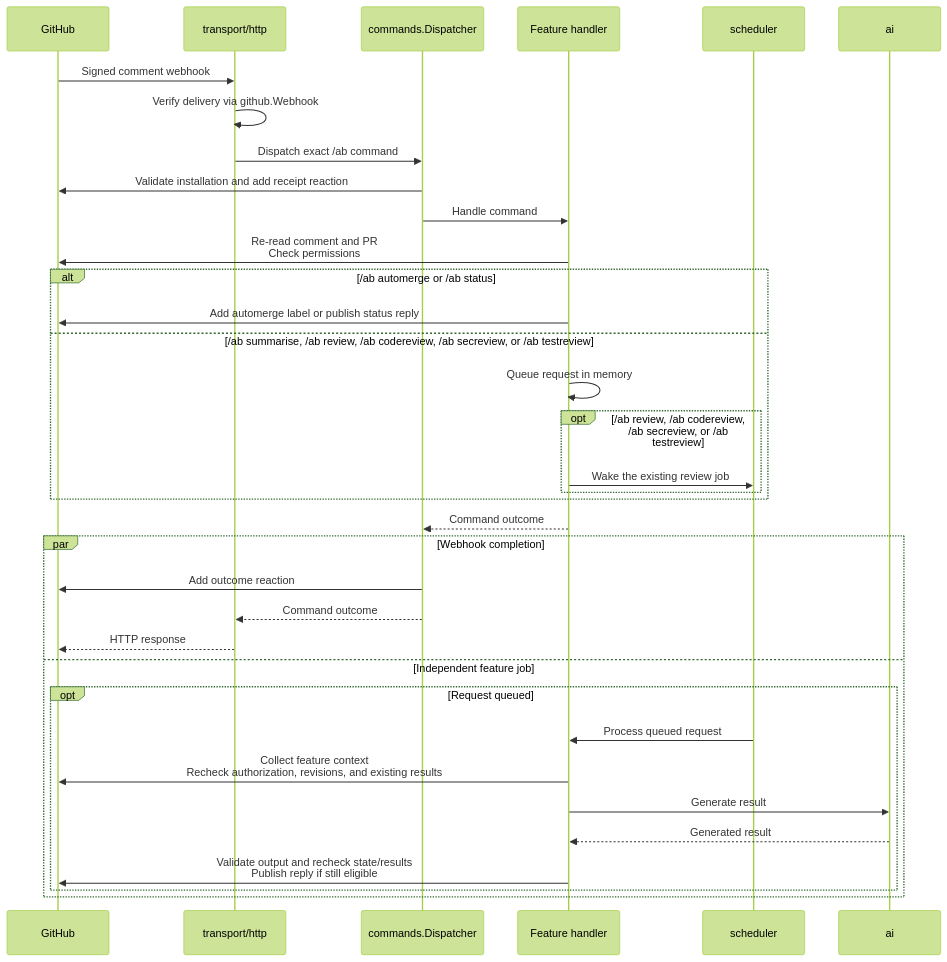
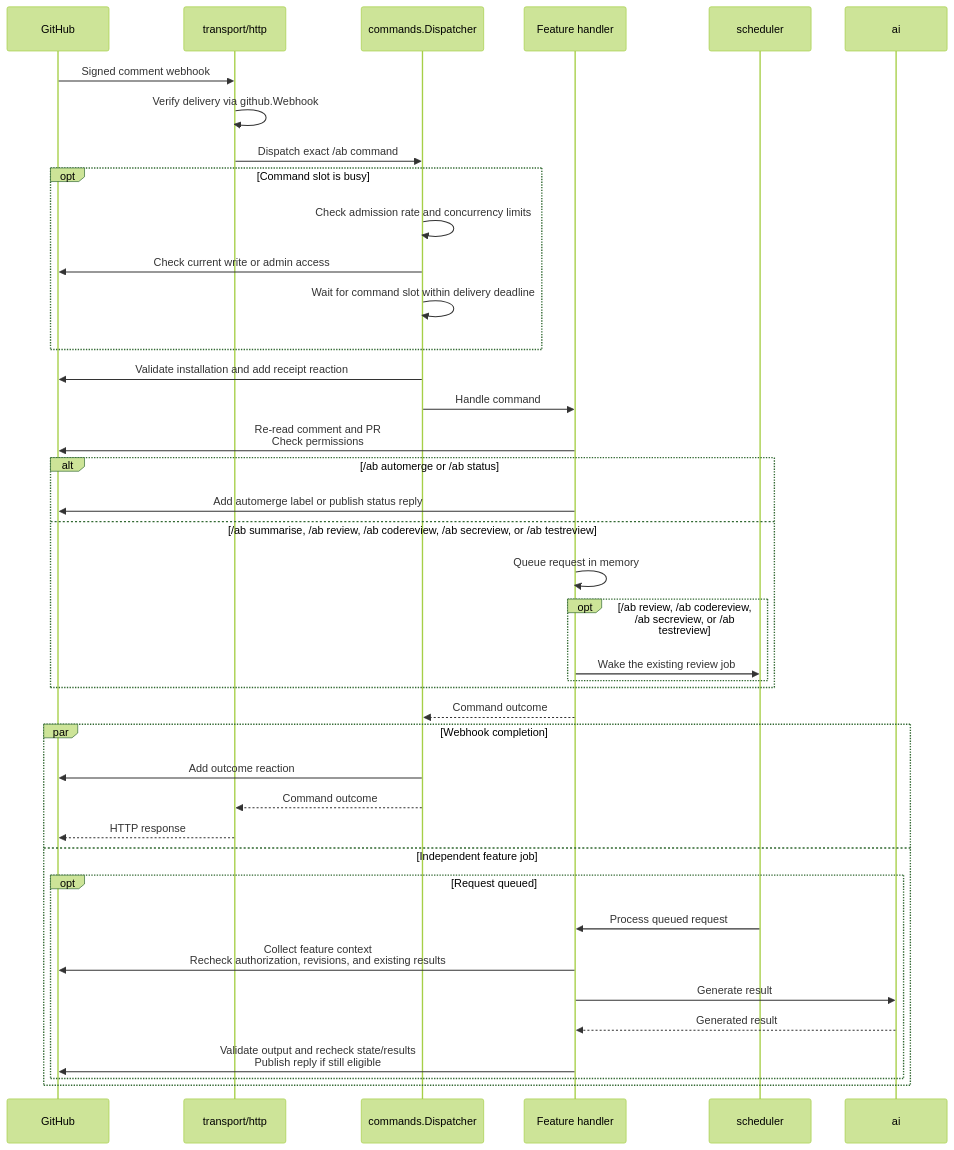
Before and after one commit to alexfalkowski/abgleich: the second of 2 diagrams in docs/design.md, drawn with Mermaid (forest theme). The commit also changed 40 other files, not shown here.

````diff
--- a/docs/design.md
+++ b/docs/design.md
@@ -98,37 +98,42 @@
 ```mermaid
 sequenceDiagram
     participant G as GitHub
     participant H as transport/http
     participant D as commands.Dispatcher
     participant F as Feature handler
     participant S as scheduler
     participant A as ai
     G->>H: Signed comment webhook
     H->>H: Verify delivery via github.Webhook
     H->>D: Dispatch exact /ab command
+    opt Command slot is busy
+        D->>D: Check admission rate and concurrency limits
+        D->>G: Check current write or admin access
+        D->>D: Wait for command slot within delivery deadline
+    end
     D->>G: Validate installation and add receipt reaction
     D->>F: Handle command
     F->>G: Re-read comment and PR<br/>Check permissions
     alt /ab automerge or /ab status
         F->>G: Add automerge label or publish status reply
     else /ab summarise, /ab review, /ab codereview, /ab secreview, or /ab testreview
         F->>F: Queue request in memory
         opt /ab review, /ab codereview, /ab secreview, or /ab testreview
             F->>S: Wake the existing review job
         end
     end
     F-->>D: Command outcome
     par Webhook completion
         D->>G: Add outcome reaction
         D-->>H: Command outcome
         H-->>G: HTTP response
     and Independent feature job
         opt Request queued
             S->>F: Process queued request
             F->>G: Collect feature context<br/>Recheck authorization, revisions, and existing results
             F->>A: Generate result
             A-->>F: Generated result
             F->>G: Validate output and recheck state/results<br/>Publish reply if still eligible
         end
     end
 ```
````
